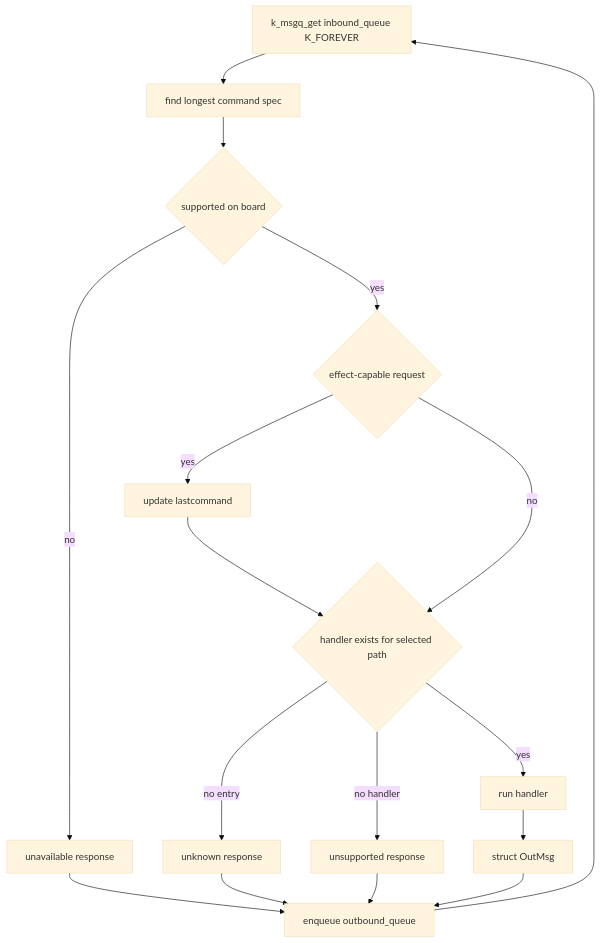
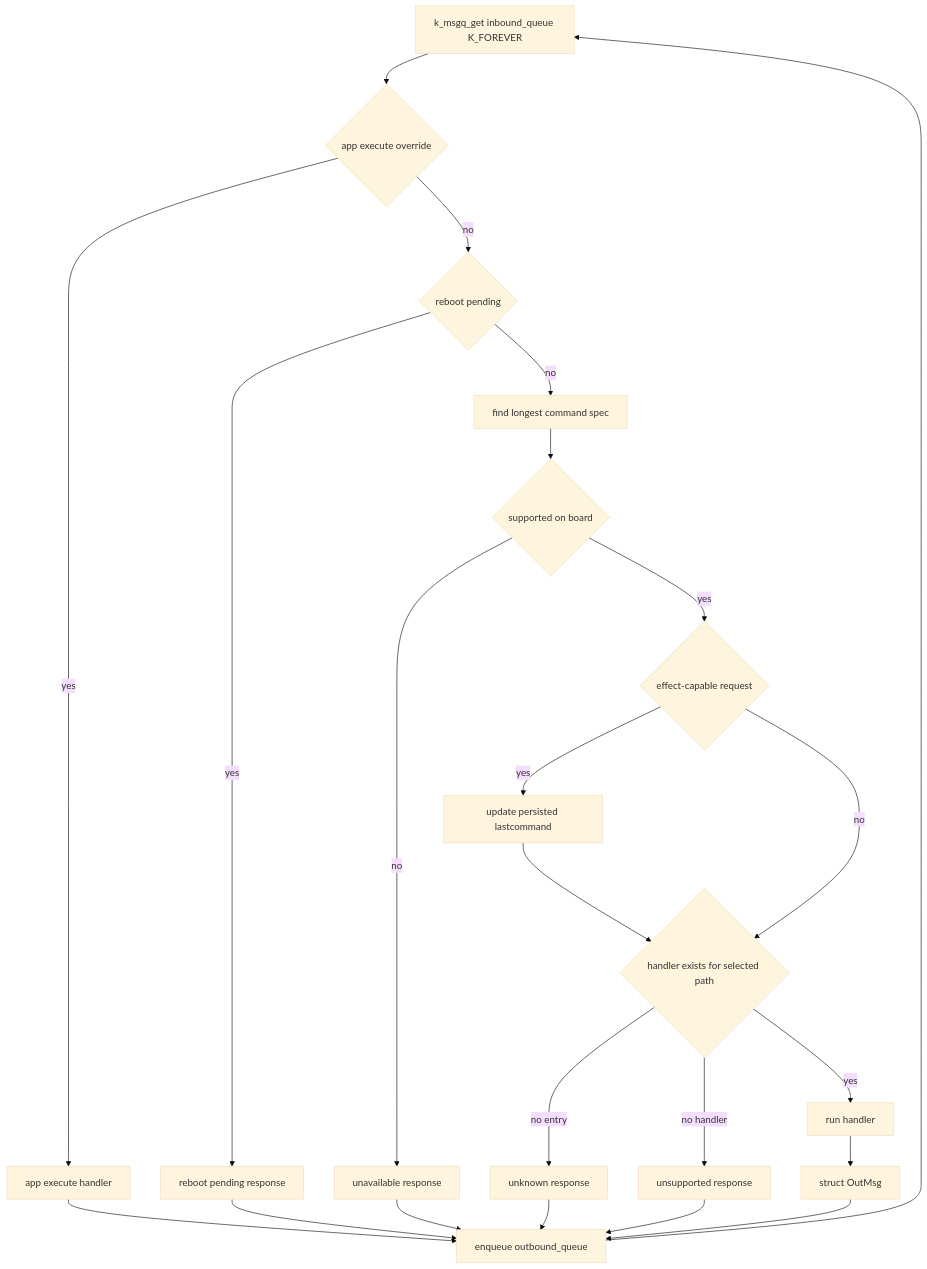
Before and after one commit to COO-Utilities/hispec-tib: the sixth of 22 diagrams in doc/diagrams.md, drawn with Mermaid (base theme). The commit also changed 5 other files, not shown here.

Commit message:
Document dispatch-owned command execution

````diff
--- a/doc/diagrams.md
+++ b/doc/diagrams.md
@@ -123,19 +123,25 @@
 ```mermaid
 flowchart TD
-  Wait[k_msgq_get inbound_queue K_FOREVER] --> Dispatch[find longest command spec]
+  Wait[k_msgq_get inbound_queue K_FOREVER] --> Override{app execute override}
+  Override -- yes --> AppExec[app execute handler]
+  Override -- no --> Reboot{reboot pending}
+  Reboot -- yes --> Busy[reboot pending response]
+  Reboot -- no --> Dispatch[find longest command spec]
   Dispatch --> Supported{supported on board}
   Supported -- no --> Unavailable[unavailable response]
   Supported -- yes --> Record{effect-capable request}
-  Record -- yes --> Last[update lastcommand]
+  Record -- yes --> Last[update persisted lastcommand]
   Record -- no --> Found{handler exists for selected path}
   Last --> Found
   Found -- no entry --> Unknown[unknown response]
   Found -- no handler --> Unsupported[unsupported response]
   Found -- yes --> Handler[run handler]
   Handler --> Response[struct OutMsg]
+  AppExec --> Out[enqueue outbound_queue]
+  Busy --> Out
   Unknown --> Out[enqueue outbound_queue]
   Unavailable --> Out
   Unsupported --> Out
   Response --> Out
   Out --> Wait
 ```
````
